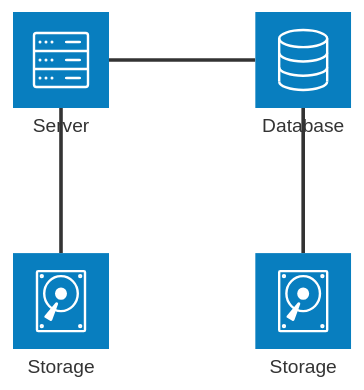
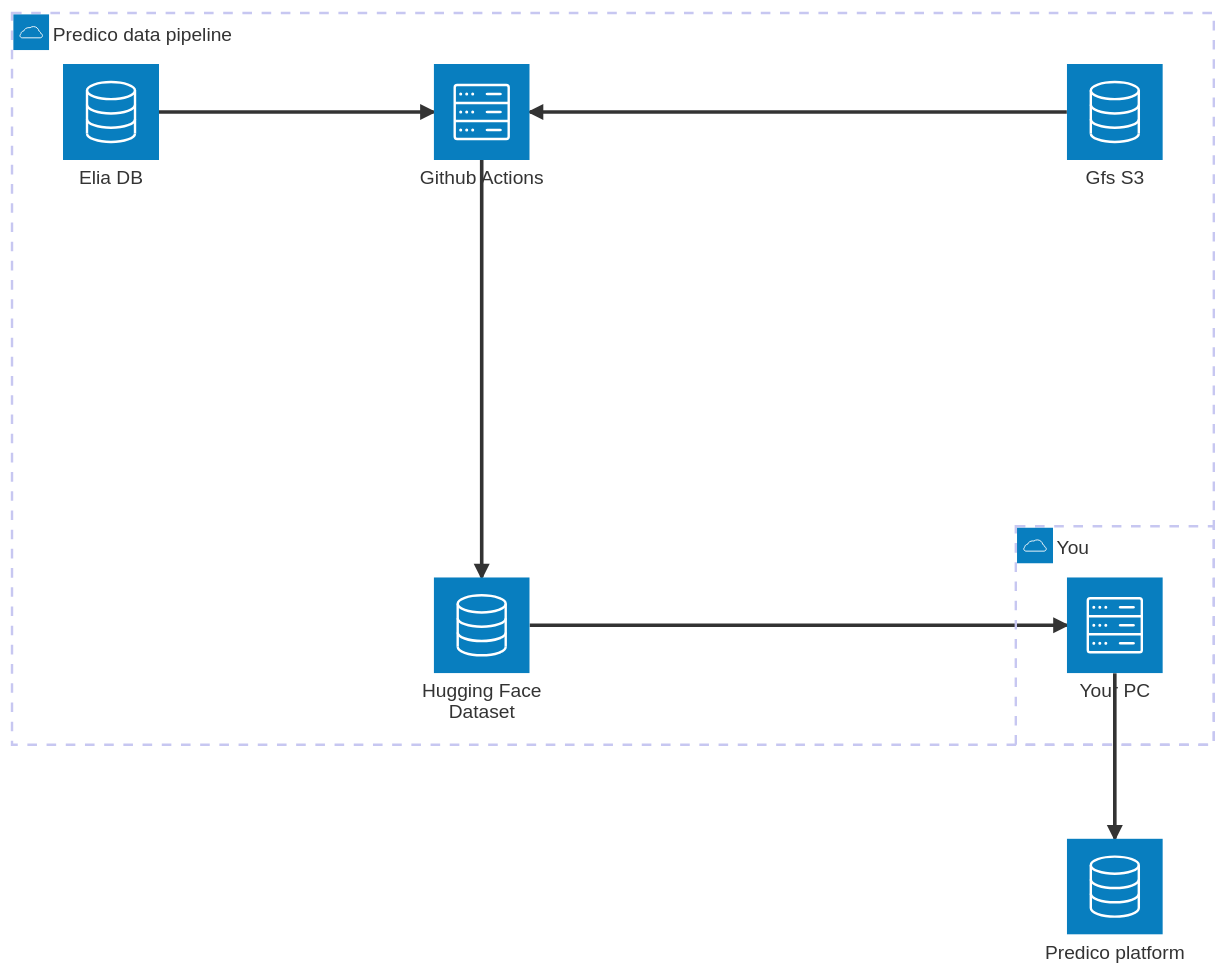
One commit to clarkmaio/predico_datapipeline changed the diagram in README.md. Above: the diagram before and after it, drawn with Mermaid. The commit also changed other lines of this file, not shown here.

````diff
--- a/README.md
+++ b/README.md
@@ -10,11 +13,23 @@
 ```mermaid
 architecture-beta
-    service db(database)[Database] 
-    service disk1(disk)[Storage] 
-    service disk2(disk)[Storage] 
-    service server(server)[Server] 
+    group pdp(cloud)[Predico data pipeline]
 
-    db:L -- R:server
-    disk1:T -- B:server
-    disk2:T -- B:db
+    service gfs_aws(database)[Gfs S3] in pdp
+    service elia_db(database)[Elia DB] in pdp
+    service gh_actions(server)[Github Actions] in pdp
+    service hf_ds(database)[Hugging Face Dataset] in pdp
+
+    gfs_aws:L --> R:gh_actions
+    elia_db:R --> L:gh_actions
+    gh_actions:B --> T:hf_ds
+
+
+
+    group user(cloud)[You]
+    service user_server(server)[Your PC] in user
+    service predico_platform(database)[Predico platform]
+
+    user_server:B --> T:predico_platform
+
+    hf_ds:R --> L:user_server
 ```
````
